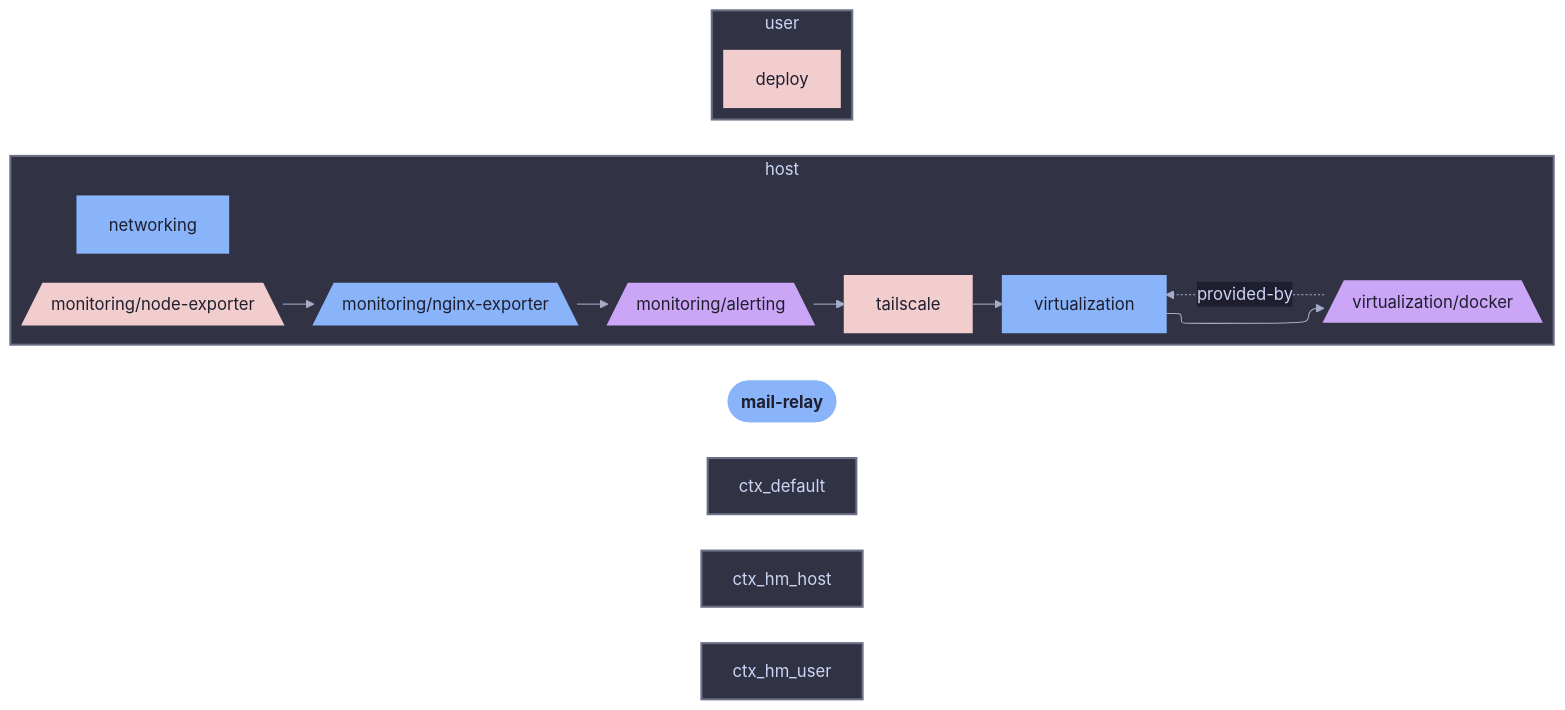
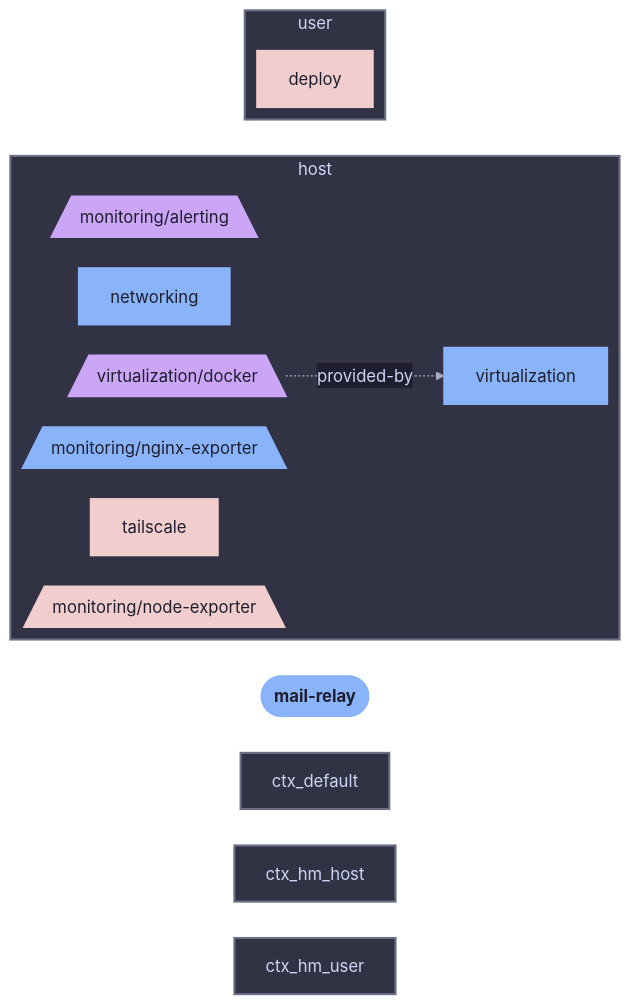
One commit to sini/den changed the diagram in templates/diag-fx-demo/diagrams/mail-relay-declared.md. Above: the diagram before and after it, drawn with Mermaid. The commit also changed 849 other files, not shown here.

Commit message:
chore: update fx diagrams

````diff
--- a/templates/diag-fx-demo/diagrams/mail-relay-declared.md
+++ b/templates/diag-fx-demo/diagrams/mail-relay-declared.md
@@ -5,42 +5,37 @@
 ```mermaid
 %%{init: {"elk":{"mergeEdges":true,"nodePlacementStrategy":"BRANDES_KOEPF"},"layout":"elk","theme":"base","themeVariables":{"activationBkgColor":"#313244","activationBorderColor":"#6c7086","actorBkg":"#313244","actorBorder":"#a6adc8","actorLineColor":"#a6adc8","actorTextColor":"#cdd6f4","background":"#1e1e2e","classText":"#cdd6f4","clusterBkg":"#313244","clusterBorder":"#6c7086","edgeLabelBackground":"#1e1e2e","labelBoxBkgColor":"#313244","labelBoxBorderColor":"#a6adc8","labelTextColor":"#cdd6f4","lineColor":"#a6adc8","loopTextColor":"#cdd6f4","mainBkg":"#313244","nodeBkg":"#313244","nodeBorder":"#a6adc8","nodeTextColor":"#cdd6f4","noteBkgColor":"#313244","noteBorderColor":"#6c7086","noteTextColor":"#cdd6f4","pie1":"#f38ba8","pie2":"#fab387","pie3":"#f9e2af","pie4":"#a6e3a1","pie5":"#94e2d5","pie6":"#89b4fa","pie7":"#cba6f7","pie8":"#f2cdcd","pieLegendTextColor":"#cdd6f4","pieOuterStrokeColor":"#6c7086","pieSectionTextColor":"#cdd6f4","pieStrokeColor":"#6c7086","pieTitleTextColor":"#cdd6f4","primaryBorderColor":"#a6adc8","primaryColor":"#313244","primaryTextColor":"#cdd6f4","secondBkg":"#313244","secondaryBorderColor":"#6c7086","secondaryColor":"#313244","secondaryTextColor":"#cdd6f4","sequenceNumberColor":"#1e1e2e","signalColor":"#a6adc8","signalTextColor":"#cdd6f4","tertiaryBorderColor":"#6c7086","tertiaryColor":"#313244","tertiaryTextColor":"#cdd6f4","textColor":"#cdd6f4","titleColor":"#cdd6f4"}}}%%
 graph LR
   mail_relay([mail-relay]):::root
 
   subgraph ctx_host["host"]
   monitoring__alerting[/"monitoring/alerting"\]:::monitoring__alerting_c
   virtualization__docker[/"virtualization/docker"\]:::virtualization__docker_c
   networking["networking"]:::networking_c
   monitoring__nginx_exporter[/"monitoring/nginx-exporter"\]:::monitoring__nginx_exporter_c
   monitoring__node_exporter[/"monitoring/node-exporter"\]:::monitoring__node_exporter_c
   tailscale["tailscale"]:::tailscale_c
   virtualization["virtualization"]:::virtualization_c
-  monitoring__alerting --> tailscale
-  monitoring__nginx_exporter --> monitoring__alerting
-  monitoring__node_exporter --> monitoring__nginx_exporter
-  tailscale --> virtualization
-  virtualization --> virtualization__docker
   virtualization__docker -.->|provided-by| virtualization
   end
   subgraph ctx_user["user"]
   deploy["deploy"]:::deploy_c
 
   end
 
 
   classDef root fill:#89b4fa,stroke:#89b4fa,color:#1e1e2e,font-weight:bold
   classDef monitoring__alerting_c fill:#cba6f7,stroke:#cba6f7,color:#1e1e2e,stroke-width:2px
   classDef deploy_c fill:#f2cdcd,stroke:#f2cdcd,color:#1e1e2e,stroke-width:2px
   classDef virtualization__docker_c fill:#cba6f7,stroke:#cba6f7,color:#1e1e2e,stroke-width:2px
-  classDef mail_relay_c fill:#cba6f7,stroke:#cba6f7,color:#1e1e2e,stroke-width:3px
+  classDef mail_relay_c fill:#cba6f7,stroke:#cba6f7,color:#1e1e2e,stroke-width:2px
   classDef networking_c fill:#89b4fa,stroke:#89b4fa,color:#1e1e2e,stroke-width:2px
   classDef monitoring__nginx_exporter_c fill:#89b4fa,stroke:#89b4fa,color:#1e1e2e,stroke-width:2px
   classDef monitoring__node_exporter_c fill:#f2cdcd,stroke:#f2cdcd,color:#1e1e2e,stroke-width:2px
   classDef tailscale_c fill:#f2cdcd,stroke:#f2cdcd,color:#1e1e2e,stroke-width:2px
   classDef virtualization_c fill:#89b4fa,stroke:#89b4fa,color:#1e1e2e,stroke-width:2px
 style ctx_host fill:#313244,stroke:#6c7086,stroke-width:2px
 style ctx_default fill:#313244,stroke:#6c7086,stroke-width:2px
 style ctx_hm_host fill:#313244,stroke:#6c7086,stroke-width:2px
 style ctx_hm_user fill:#313244,stroke:#6c7086,stroke-width:2px
 style ctx_user fill:#313244,stroke:#6c7086,stroke-width:2px
 ```
````
